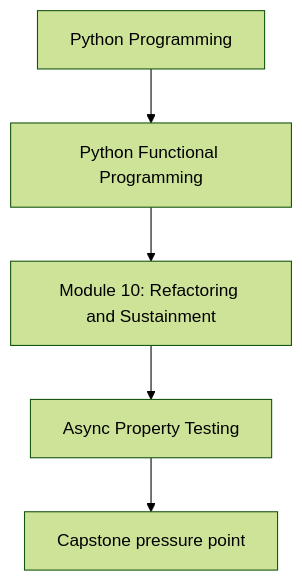
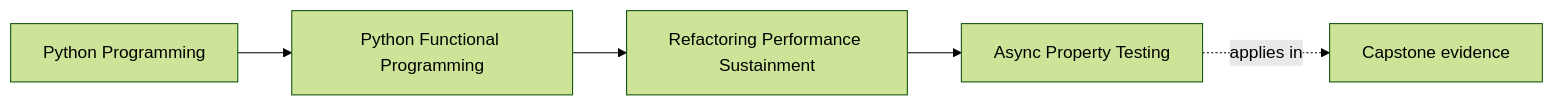
Before and after one commit to bijux/bijux-masterclass: the first of 2 diagrams in programs/python-programming/python-functional-programming/course-book/module-10-refactoring-performance-sustainment/async-property-testing.md, drawn with Mermaid (forest theme). The commit also changed other lines of this file and 108 other files, not shown here.

Commit message:
docs(python-functional-programming): map capstone and advanced design surfaces

````diff
--- a/programs/python-programming/python-functional-programming/course-book/module-10-refactoring-performance-sustainment/async-property-testing.md
+++ b/programs/python-programming/python-functional-programming/course-book/module-10-refactoring-performance-sustainment/async-property-testing.md
@@ -7,7 +7,11 @@
 ```mermaid
-flowchart TD
-  family["Python Programming"] --> program["Python Functional Programming"]
-  program --> module["Module 10: Refactoring and Sustainment"]
-  module --> concept["Async Property Testing"]
-  concept --> capstone["Capstone pressure point"]
+graph LR
+  family["Python Programming"]
+  program["Python Functional Programming"]
+  section["Refactoring Performance Sustainment"]
+  page["Async Property Testing"]
+  capstone["Capstone evidence"]
+
+  family --> program --> section --> page
+  page -.applies in.-> capstone
 ```
````
